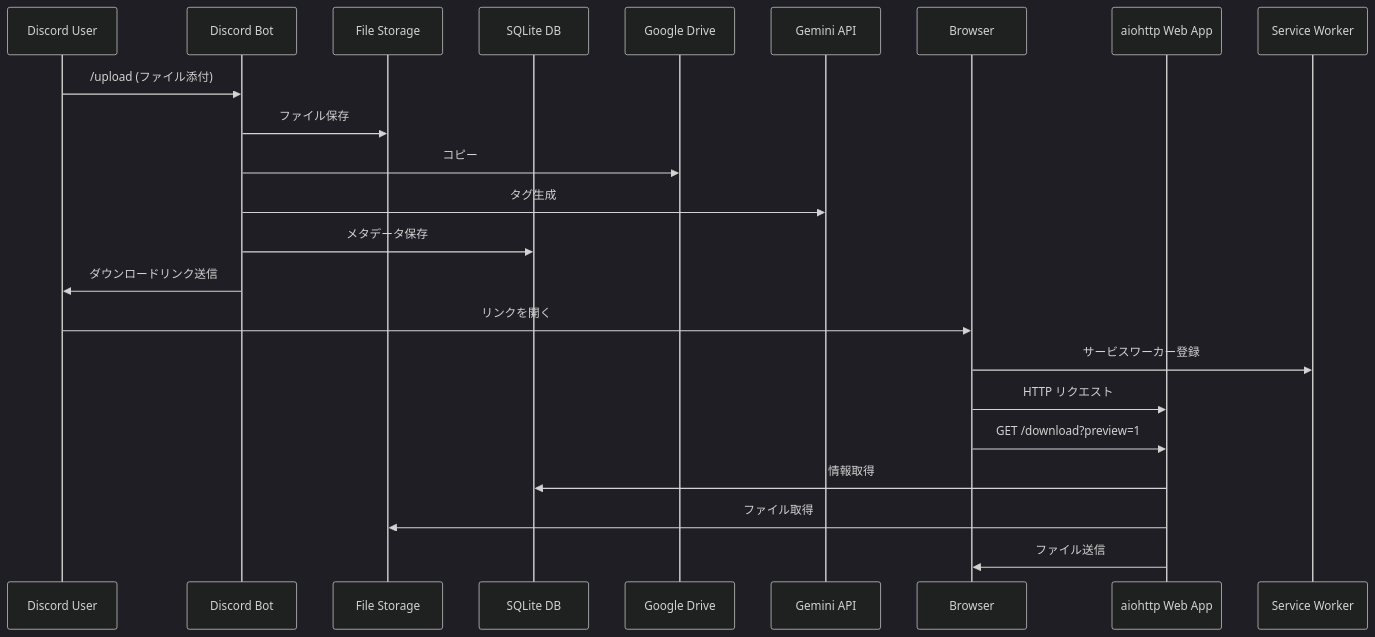
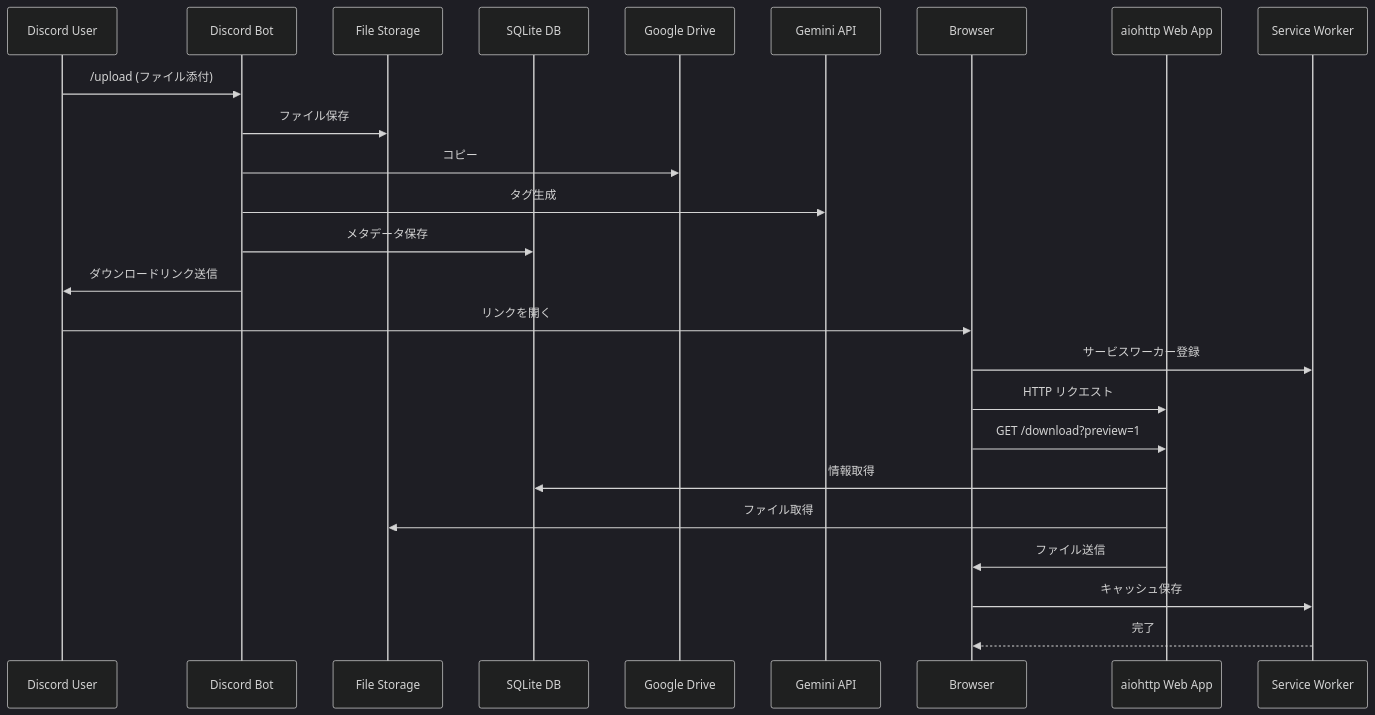
One commit to 5h1gerun/web_discord_server changed the diagram in docs/sequence_system.mmd. Above: the diagram before and after it, drawn with Mermaid. The commit also changed 9 other files, not shown here.

```diff
--- a/docs/sequence_system.mmd
+++ b/docs/sequence_system.mmd
@@ -1,26 +1,28 @@
 %%{init: {'theme': 'dark'}}%%
 %% Web Dcloud Server シーケンス図 (全体)
 sequenceDiagram
     participant User as Discord User
     participant Bot as Discord Bot
     participant Files as File Storage
     participant DB as SQLite DB
     participant Drive as Google Drive
     participant Gemini as Gemini API
     participant Browser as Browser
     participant Web as aiohttp Web App
     participant SW as Service Worker
 
     User->>Bot: /upload (ファイル添付)
     Bot->>Files: ファイル保存
     Bot->>Drive: コピー
     Bot->>Gemini: タグ生成
     Bot->>DB: メタデータ保存
     Bot->>User: ダウンロードリンク送信
     User->>Browser: リンクを開く
     Browser->>SW: サービスワーカー登録
     Browser->>Web: HTTP リクエスト
     Browser->>Web: GET /download?preview=1
     Web->>DB: 情報取得
     Web->>Files: ファイル取得
     Web->>Browser: ファイル送信
+    Browser->>SW: キャッシュ保存
+    SW-->>Browser: 完了
```
